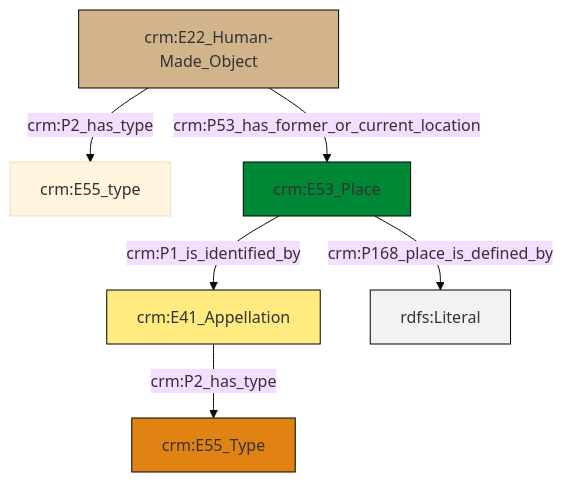
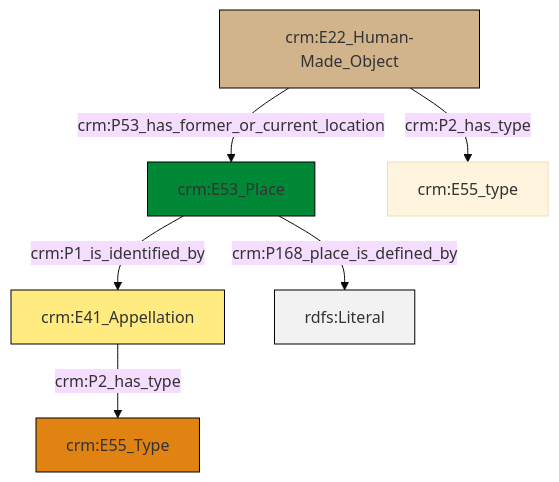
The diagram in et/builtWorkCSV/ttl/mmd/Built_Work_location.ttl.mmd (swiss-art-research-net/docs.swissartresearch), drawn with Mermaid (base theme) before and after one commit. The commit also changed 177 other files, not shown here.

```diff
--- a/et/builtWorkCSV/ttl/mmd/Built_Work_location.ttl.mmd
+++ b/et/builtWorkCSV/ttl/mmd/Built_Work_location.ttl.mmd
@@ -1,20 +1,20 @@
 graph TD
 classDef Literal fill:#f2f2f2,stroke:#000000;
 classDef CRM_Entity fill:#FFFFFF,stroke:#000000;
 classDef Temporal_Entity fill:#00C9E6, stroke:#000000;
 classDef Type fill:#E18312, stroke:#000000;
 classDef Time-Span fill:#2C9C91, stroke:#000000;
 classDef Appellation fill:#FFEB7F, stroke:#000000;
 classDef Place fill:#008836, stroke:#000000;
 classDef Persistent_Item fill:#B266B2, stroke:#000000;
 classDef Conceptual_Object fill:#FFD700, stroke:#000000;
 classDef Physical_Thing fill:#D2B48C, stroke:#000000;
 classDef Actor fill:#f58aad, stroke:#000000;
 classDef PC_Classes fill:#4ce600, stroke:#000000;
 classDef Multi fill:#cccccc,stroke:#000000;
 
-4["crm:E53_Place"]:::Place -->|crm:P168_place_is_defined_by| 5[rdfs:Literal]:::Literal
-4["crm:E53_Place"]:::Place -->|crm:P1_is_identified_by| 0["crm:E41_Appellation"]:::Appellation
-10["crm:E22_Human-Made_Object"]:::Physical_Thing -->|crm:P2_has_type| 2["crm:E55_type"]:::Default
-10["crm:E22_Human-Made_Object"]:::Physical_Thing -->|crm:P53_has_former_or_current_location| 4["crm:E53_Place"]:::Place
-0["crm:E41_Appellation"]:::Appellation -->|crm:P2_has_type| 6["crm:E55_Type"]:::Type
+2["crm:E53_Place"]:::Place -->|crm:P1_is_identified_by| 0["crm:E41_Appellation"]:::Appellation
+0["crm:E41_Appellation"]:::Appellation -->|crm:P2_has_type| 4["crm:E55_Type"]:::Type
+8["crm:E22_Human-Made_Object"]:::Physical_Thing -->|crm:P2_has_type| 5["crm:E55_type"]:::Default
+2["crm:E53_Place"]:::Place -->|crm:P168_place_is_defined_by| 11[rdfs:Literal]:::Literal
+8["crm:E22_Human-Made_Object"]:::Physical_Thing -->|crm:P53_has_former_or_current_location| 2["crm:E53_Place"]:::Place
```
